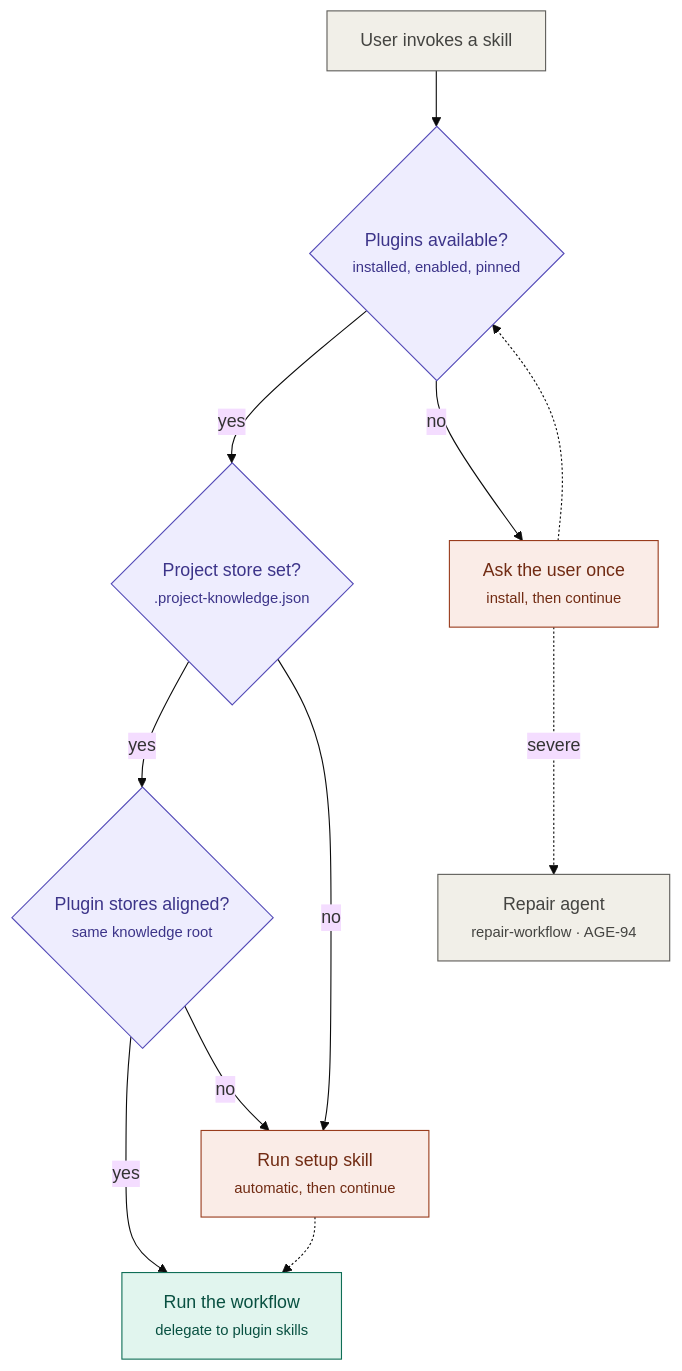
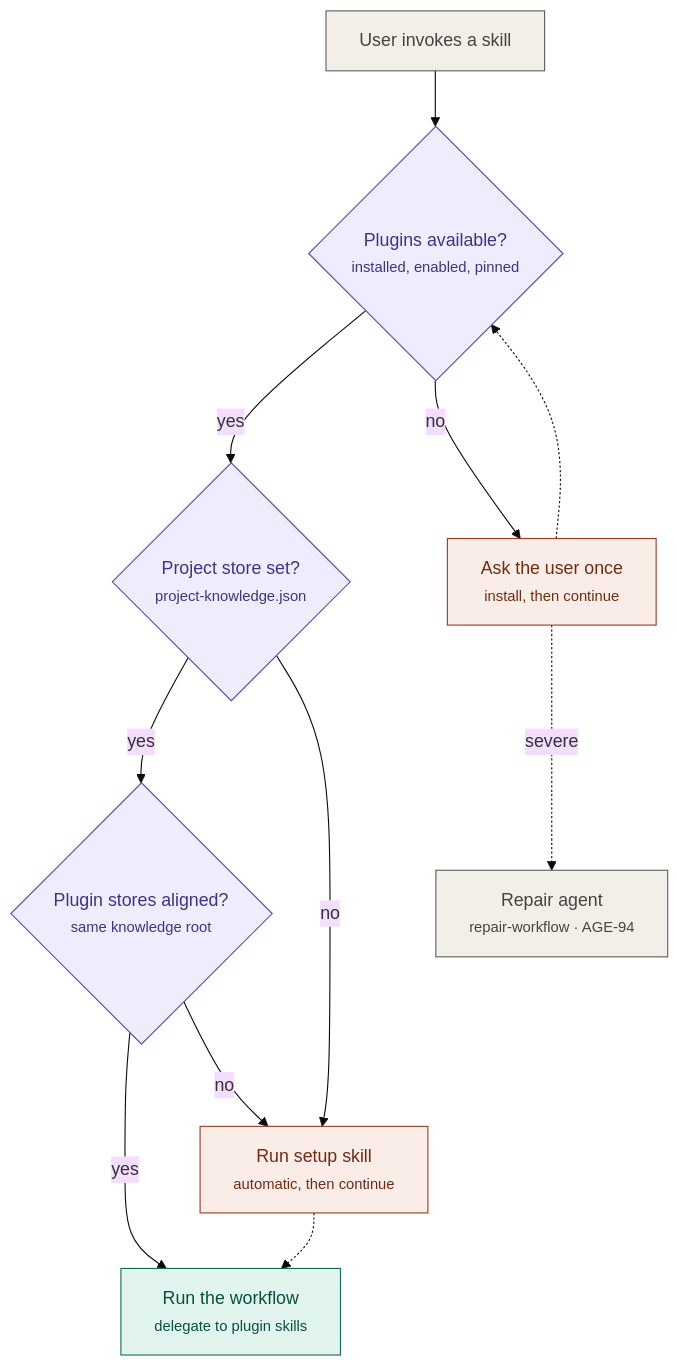
The second of 5 diagrams in docs/user-journey.md (Monolith-INC/unified-plugin-framework), drawn with Mermaid (base theme) before and after one commit. The commit also changed other lines of this file and 50 other files, not shown here.

````diff
--- a/docs/user-journey.md
+++ b/docs/user-journey.md
@@ -58,22 +58,22 @@
 ```mermaid
 flowchart TD
     S["User invokes a skill"] --> A{"Plugins available?<br/><small>installed, enabled, pinned</small>"}
-    A -- yes --> P{"Project store set?<br/><small>.project-knowledge.json</small>"}
+    A -- yes --> P{"Project store set?<br/><small>project-knowledge.json</small>"}
     A -- no --> U["Ask the user once<br/><small>install, then continue</small>"]
     U -.-> A
     P -- yes --> G{"Plugin stores aligned?<br/><small>same knowledge root</small>"}
     P -- no --> X["Run setup skill<br/><small>automatic, then continue</small>"]
     G -- yes --> W["Run the workflow<br/><small>delegate to plugin skills</small>"]
     G -- no --> X
     X -.-> W
     U -. severe .-> RA["Repair agent<br/><small>repair-workflow · AGE-94</small>"]
 
     classDef check fill:#EEEDFE,stroke:#534AB7,color:#3C3489
     classDef recover fill:#FAECE7,stroke:#993C1D,color:#712B13
     classDef run fill:#E1F5EE,stroke:#0F6E56,color:#085041
     classDef planned fill:#F1EFE8,stroke:#5F5E5A,color:#444441
     class A,P,G check
     class U,X recover
     class W run
     class S,RA planned
 ```
````
